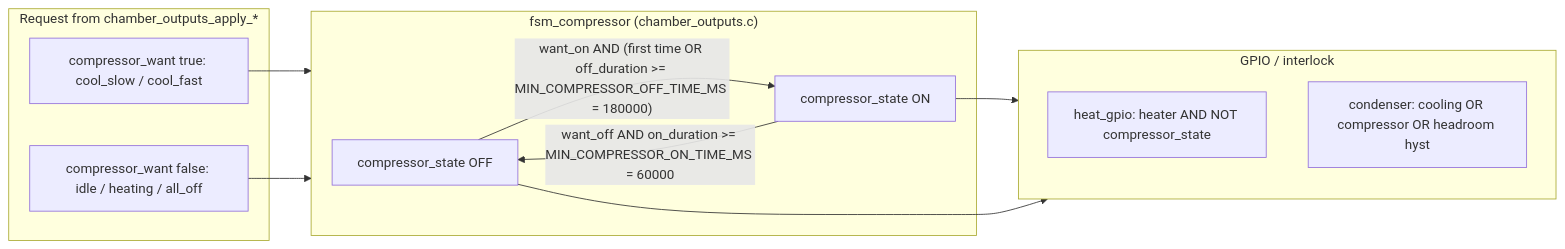
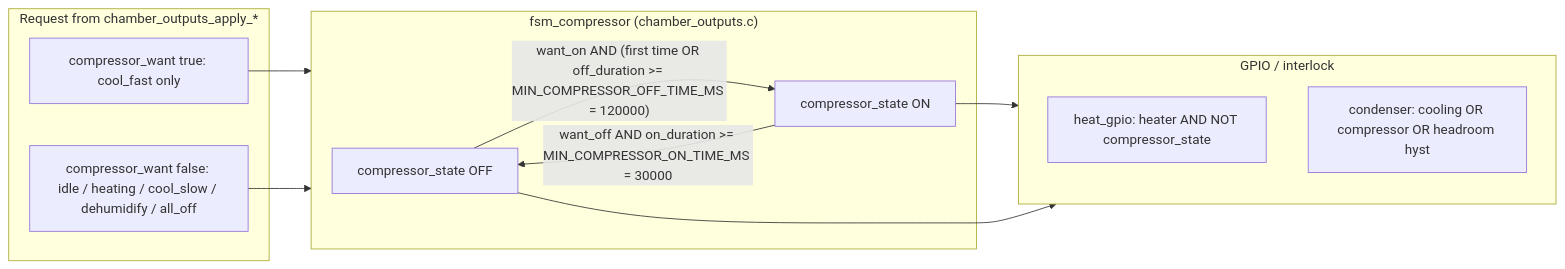
Before and after one commit to Team-Thermocline/Controller: the second of 3 diagrams in Firmware/README.md, drawn with Mermaid. The commit also changed other lines of this file and 13 other files, not shown here.

````diff
--- a/Firmware/README.md
+++ b/Firmware/README.md
@@ -117,25 +138,25 @@
 ```mermaid
 flowchart LR
   subgraph req["Request from chamber_outputs_apply_*"]
-    WON["compressor_want true: cool_slow / cool_fast"]
-    WOFF["compressor_want false: idle / heating / all_off"]
+    WON["compressor_want true: cool_fast only"]
+    WOFF["compressor_want false: idle / heating / cool_slow / dehumidify / all_off"]
   end
 
   subgraph fsm["fsm_compressor (chamber_outputs.c)"]
     OFF["compressor_state OFF"]
     ON["compressor_state ON"]
-    OFF -->|"want_on AND (first time OR off_duration >= MIN_COMPRESSOR_OFF_TIME_MS = 180000)"| ON
-    ON -->|"want_off AND on_duration >= MIN_COMPRESSOR_ON_TIME_MS = 60000"| OFF
+    OFF -->|"want_on AND (first time OR off_duration >= MIN_COMPRESSOR_OFF_TIME_MS = 120000)"| ON
+    ON -->|"want_off AND on_duration >= MIN_COMPRESSOR_ON_TIME_MS = 30000"| OFF
   end
 
   WON --> fsm
   WOFF --> fsm
 
   subgraph gpio["GPIO / interlock"]
     H["heat_gpio: heater AND NOT compressor_state"]
     C["condenser: cooling OR compressor OR headroom hyst"]
   end
 
   ON --> gpio
   OFF --> gpio
 ```
````
